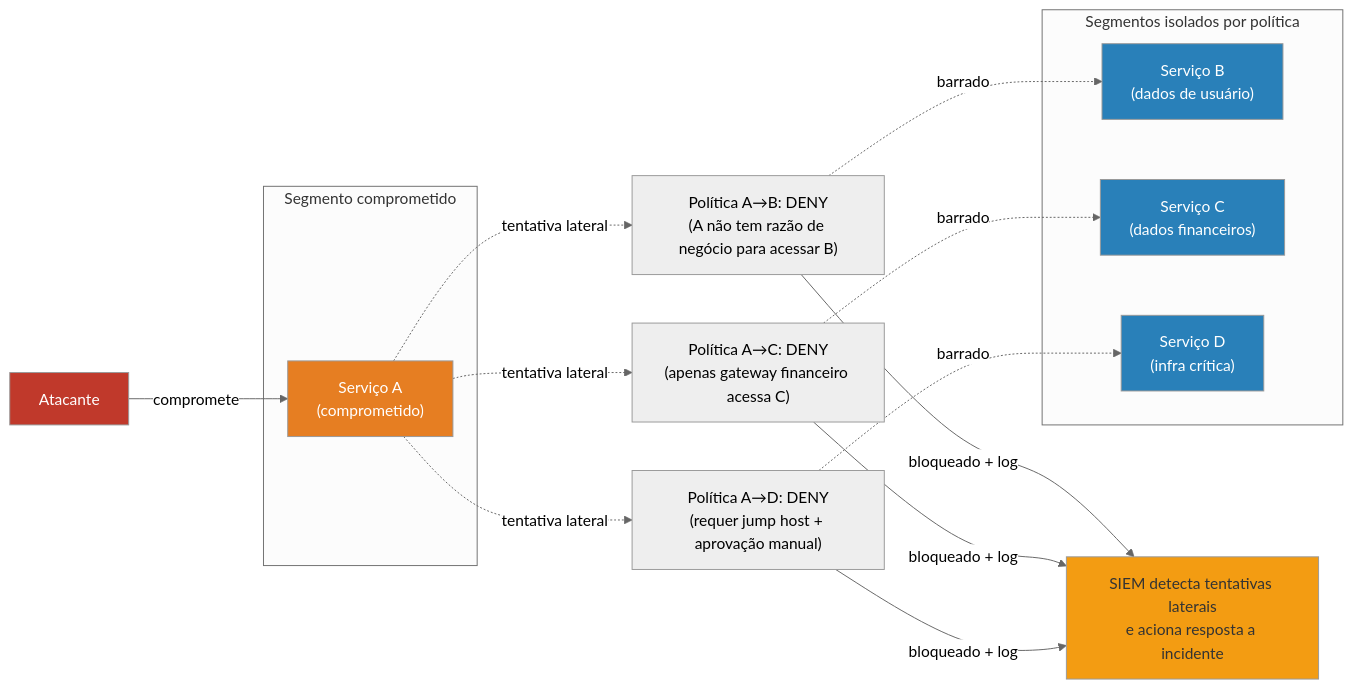
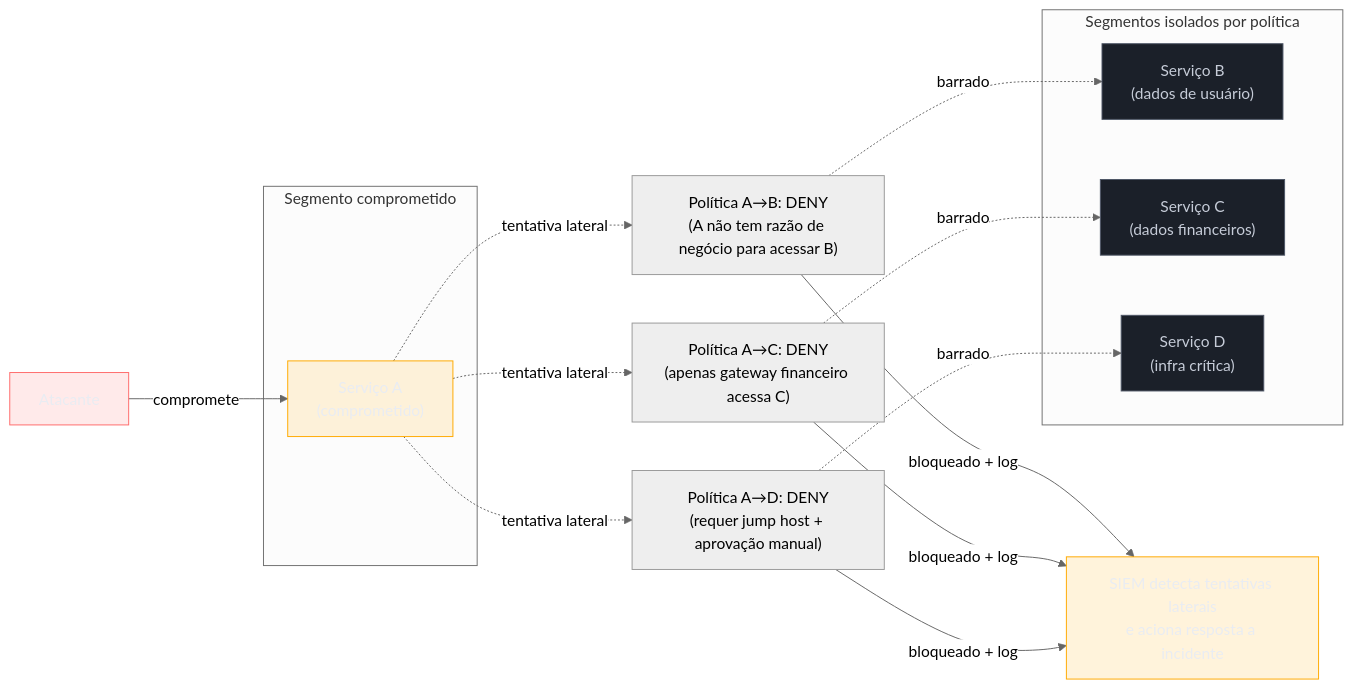
Before and after one commit to josenaldo/codex-technomanticus: the fifth of 5 diagrams in 03-Dominios/Engenharia/Segurança/19 - Zero trust e defesa em profundidade.md, drawn with Mermaid (neutral theme). The commit also changed other lines of this file and 1181 other files, not shown here.

First line of the commit message:
fix(diagramas): paleta do sistema no lugar de cor cravada no markdown

````diff
--- a/03-Dominios/Engenharia/Segurança/19 - Zero trust e defesa em profundidade.md
+++ b/03-Dominios/Engenharia/Segurança/19 - Zero trust e defesa em profundidade.md
@@ -216,37 +219,40 @@
 ```mermaid
 graph LR
+    classDef falha fill:#FF6B6B24,stroke:#FF6B6B,color:#E9ECF2
+    classDef destaque fill:#FFAA0024,stroke:#FFAA00,color:#E9ECF2
+    classDef neutro fill:#1B2029,stroke:#4E5666,color:#C6CCD8
     ATK["Atacante"]
 
     subgraph COMPROMETIDO["Segmento comprometido"]
         SEG_A["Serviço A<br/>(comprometido)"]
     end
 
     subgraph ISOLADOS["Segmentos isolados por política"]
         SEG_B["Serviço B<br/>(dados de usuário)"]
         SEG_C["Serviço C<br/>(dados financeiros)"]
         SEG_D["Serviço D<br/>(infra crítica)"]
     end
 
     POL_AB["Política A→B: DENY<br/>(A não tem razão de negócio para acessar B)"]
     POL_AC["Política A→C: DENY<br/>(apenas gateway financeiro acessa C)"]
     POL_AD["Política A→D: DENY<br/>(requer jump host + aprovação manual)"]
     LOG["SIEM detecta tentativas laterais<br/>e aciona resposta a incidente"]
 
     ATK -->|"compromete"| SEG_A
     SEG_A -.->|"tentativa lateral"| POL_AB
     SEG_A -.->|"tentativa lateral"| POL_AC
     SEG_A -.->|"tentativa lateral"| POL_AD
     POL_AB -->|"bloqueado + log"| LOG
     POL_AC -->|"bloqueado + log"| LOG
     POL_AD -->|"bloqueado + log"| LOG
     POL_AB -.->|"barrado"| SEG_B
     POL_AC -.->|"barrado"| SEG_C
     POL_AD -.->|"barrado"| SEG_D
 
-    style ATK fill:#c0392b,color:#fff
-    style SEG_A fill:#e67e22,color:#fff
-    style SEG_B fill:#2980b9,color:#fff
-    style SEG_C fill:#2980b9,color:#fff
-    style SEG_D fill:#2980b9,color:#fff
-    style LOG fill:#f39c12,color:#333
+    class ATK falha
+    class SEG_A destaque
+    class SEG_B neutro
+    class SEG_C neutro
+    class SEG_D neutro
+    class LOG destaque
 ```
````
